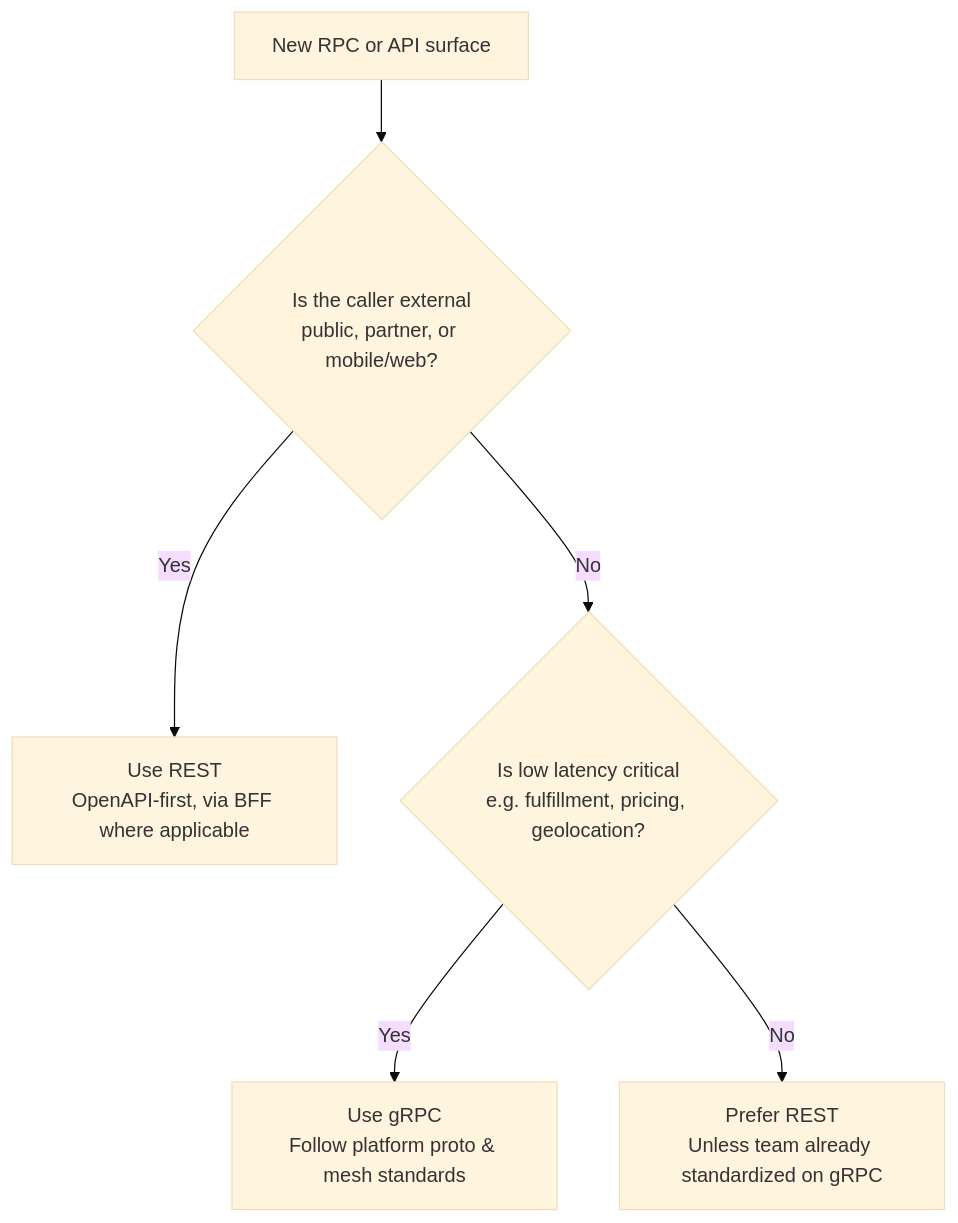
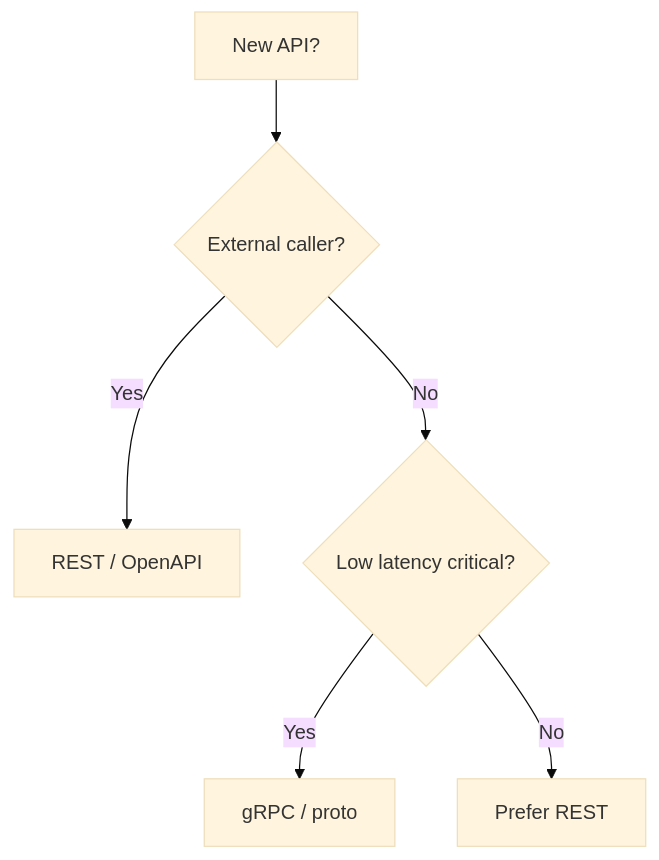
One commit to rishikeshdhokare/platform-manifesto changed the first of 4 diagrams in 02-architecture-and-api/05-grpc-standards.md. Above: the diagram before and after it, drawn with Mermaid (base theme). The commit also changed other lines of this file and 12 other files, not shown here.

First line of the commit message:
fix: refactor Mermaid diagrams for compliance (#135)

````diff
--- a/02-architecture-and-api/05-grpc-standards.md
+++ b/02-architecture-and-api/05-grpc-standards.md
@@ -40,8 +40,8 @@
 ```mermaid
 flowchart TD
-    A[New RPC or API surface] --> B{Is the caller external<br/>public, partner, or mobile/web?}
-    B -->|Yes| R[Use REST<br/>OpenAPI-first, via BFF where applicable]
-    B -->|No| C{Is low latency critical<br/>e.g. fulfillment, pricing, geolocation?}
-    C -->|Yes| G[Use gRPC<br/>Follow platform proto & mesh standards]
-    C -->|No| R2[Prefer REST<br/>Unless team already standardized on gRPC]
+    A[New API?] --> B{External caller?}
+    B -->|Yes| R[REST / OpenAPI]
+    B -->|No| C{Low latency critical?}
+    C -->|Yes| G[gRPC / proto]
+    C -->|No| R2[Prefer REST]
 ```
````
